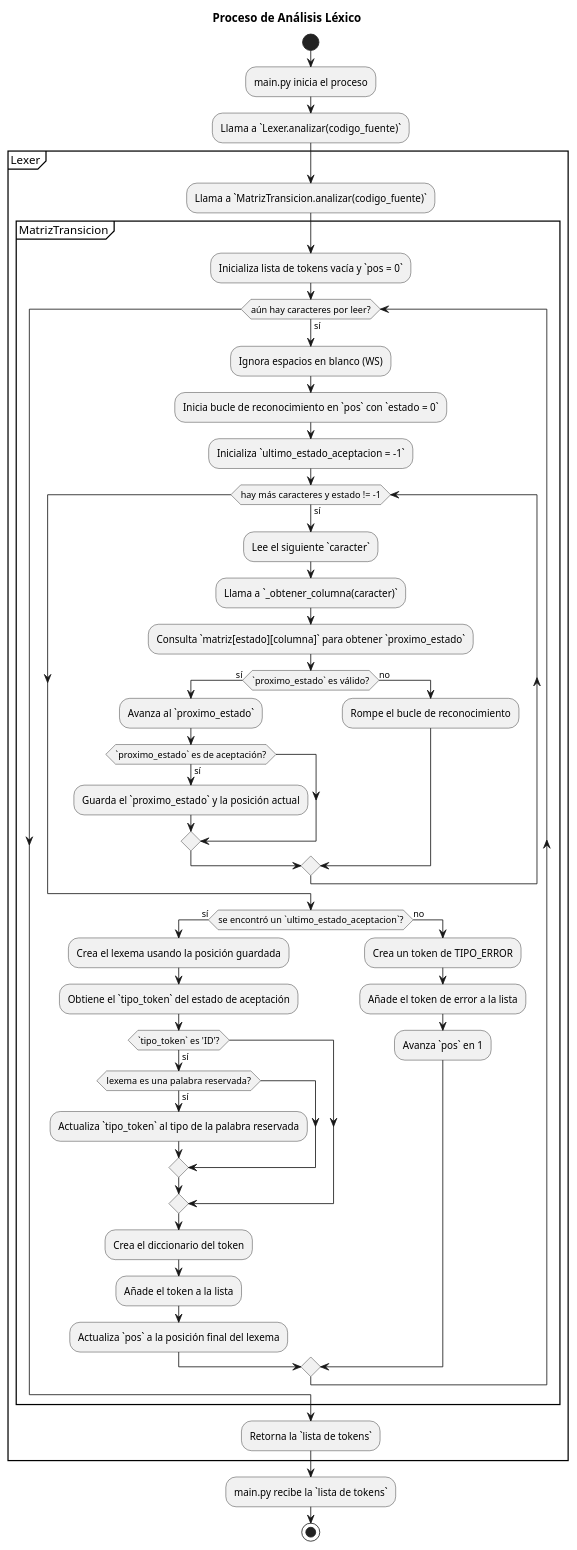
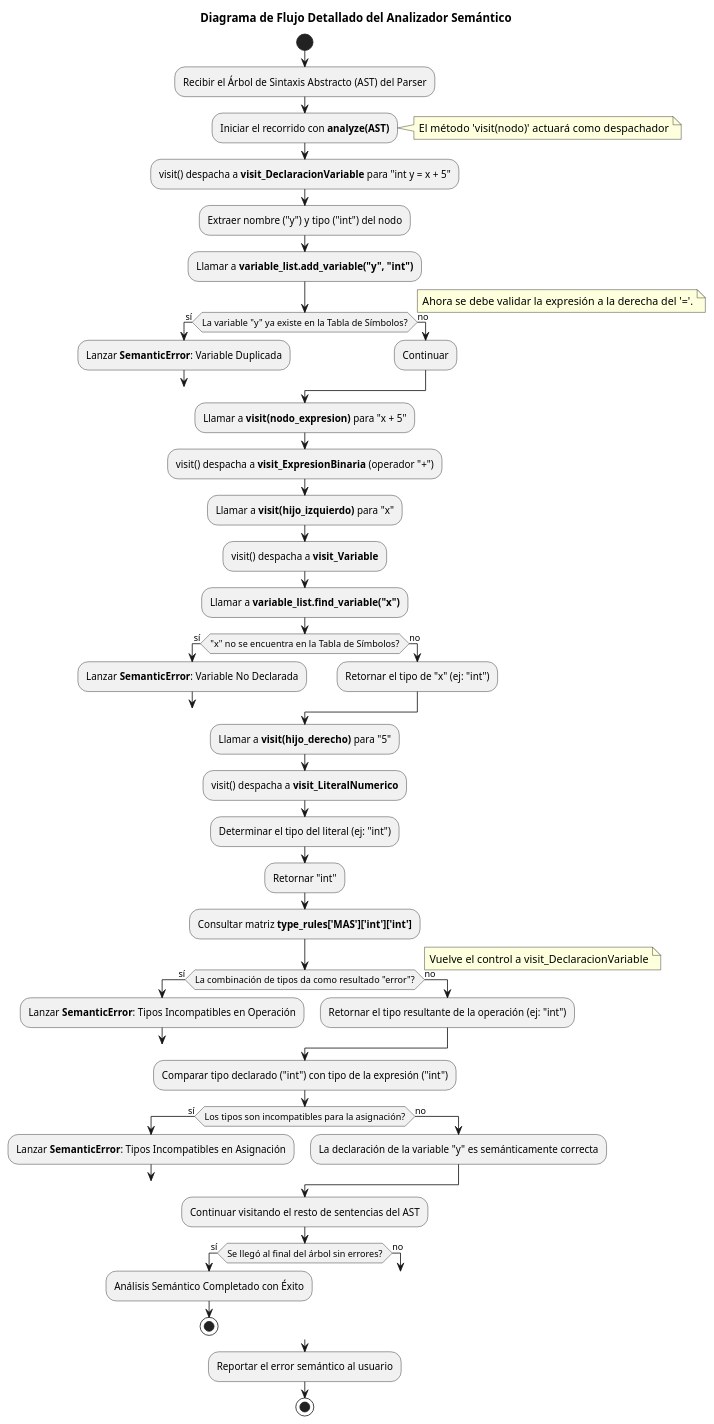
The diagram in lexico.puml (Ragnar032/newComp), drawn with PlantUML before and after one commit. The commit also changed 10 other files, not shown here.

```diff
--- a/lexico.puml
+++ b/lexico.puml
@@ -1,56 +1,73 @@
 @startuml
-title Proceso de Análisis Léxico
+title Diagrama de Flujo Detallado del Analizador Semántico
 
 start
-:main.py inicia el proceso;
-:Llama a `Lexer.analizar(codigo_fuente)`;
+:Recibir el Árbol de Sintaxis Abstracto (AST) del Parser;
+:Iniciar el recorrido con **analyze(AST)**;
+note right: El método 'visit(nodo)' actuará como despachador
 
-partition Lexer {
-    :Llama a `MatrizTransicion.analizar(codigo_fuente)`;
+:visit() despacha a **visit_DeclaracionVariable** para "int y = x + 5";
+:Extraer nombre ("y") y tipo ("int") del nodo;
+:Llamar a **variable_list.add_variable("y", "int")**;
 
-    partition MatrizTransicion {
-        :Inicializa lista de tokens vacía y `pos = 0`;
-        while (aún hay caracteres por leer?) is (sí)
-            :Ignora espacios en blanco (WS);
-            :Inicia bucle de reconocimiento en `pos` con `estado = 0`;
-            :Inicializa `ultimo_estado_aceptacion = -1`;
-            
-            while (hay más caracteres y estado != -1) is (sí)
-                :Lee el siguiente `caracter`;
-                :Llama a `_obtener_columna(caracter)`;
-                :Consulta `matriz[estado][columna]` para obtener `proximo_estado`;
-                if (`proximo_estado` es válido?) then (sí)
-                    :Avanza al `proximo_estado`;
-                    if (`proximo_estado` es de aceptación?) then (sí)
-                        :Guarda el `proximo_estado` y la posición actual;
-                    endif
-                else (no)
-                    :Rompe el bucle de reconocimiento;
-                endif
-            endwhile
-            
-            if (se encontró un `ultimo_estado_aceptacion`?) then (sí)
-                :Crea el lexema usando la posición guardada;
-                :Obtiene el `tipo_token` del estado de aceptación;
-                
-                if (`tipo_token` es 'ID'?) then (sí)
-                    if (lexema es una palabra reservada?) then (sí)
-                        :Actualiza `tipo_token` al tipo de la palabra reservada;
-                    endif
-                endif
-                
-                :Crea el diccionario del token;
-                :Añade el token a la lista;
-                :Actualiza `pos` a la posición final del lexema;
-            else (no)
-                :Crea un token de TIPO_ERROR;
-                :Añade el token de error a la lista;
-                :Avanza `pos` en 1;
-            endif
-        endwhile
-    }
-    :Retorna la `lista de tokens`;
-}
-:main.py recibe la `lista de tokens`;
+if (La variable "y" ya existe en la Tabla de Símbolos?) then (sí)
+    :Lanzar **SemanticError**: Variable Duplicada;
+    goto error_state
+else (no)
+    :Continuar;
+endif
+
+note right: Ahora se debe validar la expresión a la derecha del '='.
+
+:Llamar a **visit(nodo_expresion)** para "x + 5";
+:visit() despacha a **visit_ExpresionBinaria** (operador "+");
+
+:Llamar a **visit(hijo_izquierdo)** para "x";
+:visit() despacha a **visit_Variable**;
+:Llamar a **variable_list.find_variable("x")**;
+
+if ("x" no se encuentra en la Tabla de Símbolos?) then (sí)
+    :Lanzar **SemanticError**: Variable No Declarada;
+    goto error_state
+else (no)
+    :Retornar el tipo de "x" (ej: "int");
+endif
+
+:Llamar a **visit(hijo_derecho)** para "5";
+:visit() despacha a **visit_LiteralNumerico**;
+:Determinar el tipo del literal (ej: "int");
+:Retornar "int";
+
+:Consultar matriz **type_rules['MAS']['int']['int']**;
+
+if (La combinación de tipos da como resultado "error"?) then (sí)
+    :Lanzar **SemanticError**: Tipos Incompatibles en Operación;
+    goto error_state
+else (no)
+    :Retornar el tipo resultante de la operación (ej: "int");
+endif
+
+note right: Vuelve el control a visit_DeclaracionVariable
+
+:Comparar tipo declarado ("int") con tipo de la expresión ("int");
+
+if (Los tipos son incompatibles para la asignación?) then (sí)
+    :Lanzar **SemanticError**: Tipos Incompatibles en Asignación;
+    goto error_state
+else (no)
+    :La declaración de la variable "y" es semánticamente correcta;
+endif
+
+:Continuar visitando el resto de sentencias del AST;
+if (Se llegó al final del árbol sin errores?) then (sí)
+    :Análisis Semántico Completado con Éxito;
+    stop
+else (no)
+    goto error_state
+endif
+
+label error_state
+:Reportar el error semántico al usuario;
 stop
+
 @enduml
```
